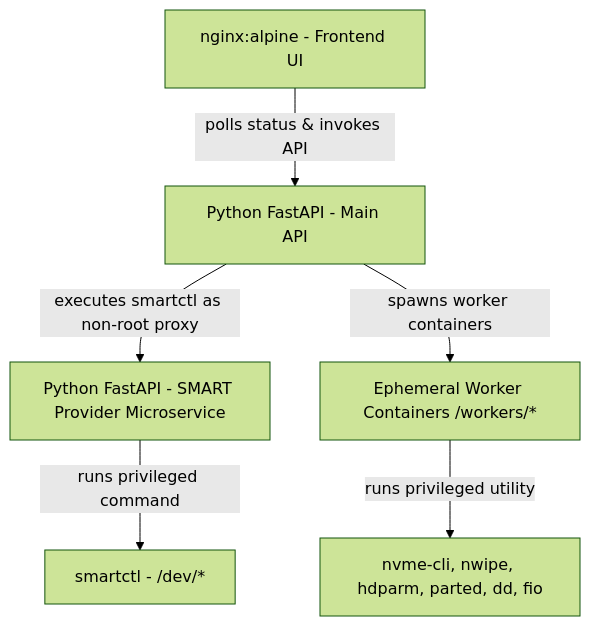
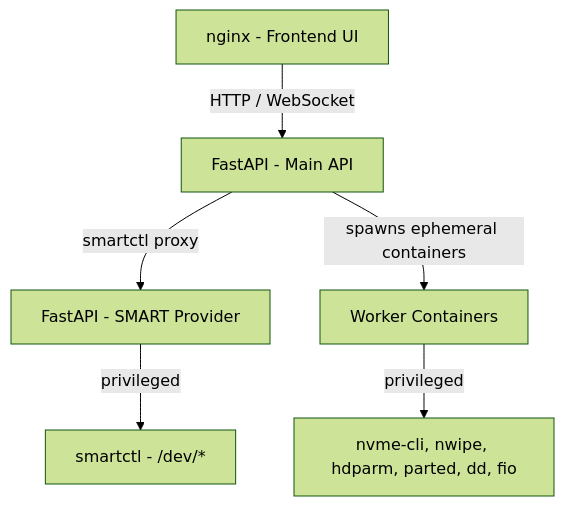
The diagram in README.md (Mat-Ice-QC/Disk-Hunter), drawn with Mermaid (forest theme) before and after one commit. The commit also changed other lines of this file and 65 other files, not shown here.

````diff
--- a/README.md
+++ b/README.md
@@ -58,9 +58,9 @@
 ```mermaid
 graph TD
-    UI[nginx:alpine - Frontend UI] -->|polls status & invokes API| API[Python FastAPI - Main API]
-    API -->|executes smartctl as non-root proxy| SP[Python FastAPI - SMART Provider Microservice]
-    API -->|spawns worker containers| Workers[Ephemeral Worker Containers /workers/*]
+    UI[nginx - Frontend UI] -->|HTTP / WebSocket| API[FastAPI - Main API]
+    API -->|smartctl proxy| SP[FastAPI - SMART Provider]
+    API -->|spawns ephemeral containers| Workers[Worker Containers]
     
-    SP -->|runs privileged command| SMART[smartctl - /dev/*]
-    Workers -->|runs privileged utility| DISK[nvme-cli, nwipe, hdparm, parted, dd, fio]
+    SP -->|privileged| SMART[smartctl - /dev/*]
+    Workers -->|privileged| DISK[nvme-cli, nwipe, hdparm, parted, dd, fio]
 ```
````
